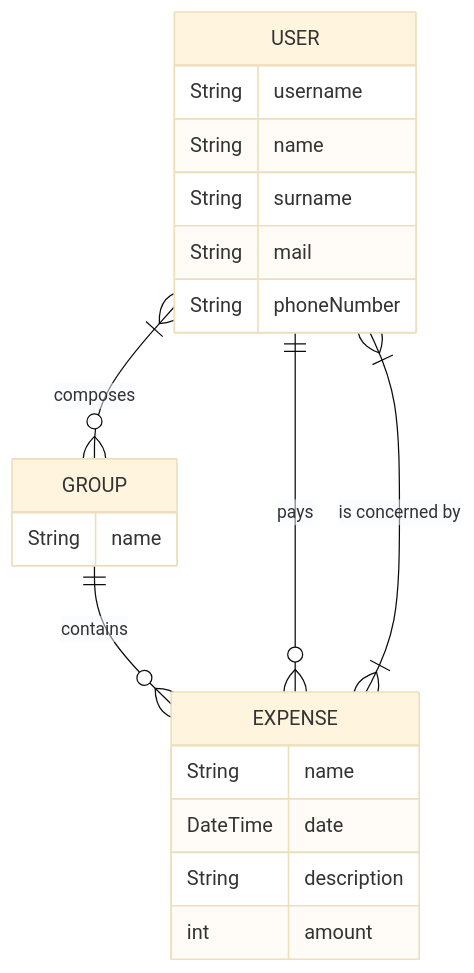
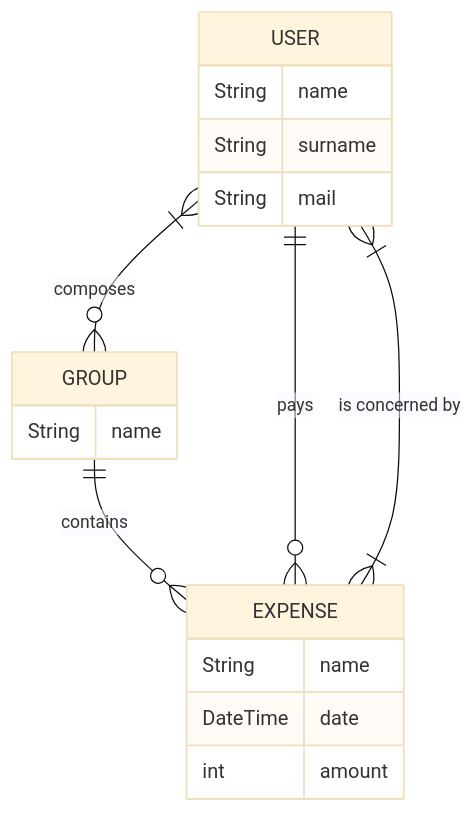
The diagram in docs/ERdiag.md (HeleneAmouzou/QuiPayeQuoiHelene), drawn with Mermaid (base theme) before and after one commit. The commit also changed 17 other files, not shown here.

````diff
--- a/docs/ERdiag.md
+++ b/docs/ERdiag.md
@@ -1,28 +1,25 @@
 ```mermaid
 
 erDiagram
     USER }|--o{ GROUP : composes
     GROUP ||--o{ EXPENSE : contains
     USER ||--o{ EXPENSE : pays
     USER }|--|{ EXPENSE : "is concerned by"
 
 USER {
-    String username
-    String name 
+    String name
     String surname
-    String mail 
-    String phoneNumber
+    String mail
 }
-    
+
 GROUP {
     String name
 }
 
 EXPENSE {
     String name
     DateTime date
-    String description 
-    int amount 
+    int amount
 }
 
 ```
````
